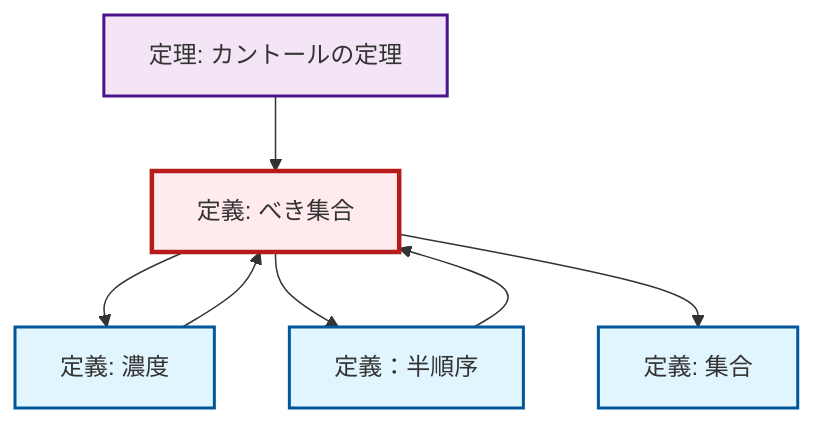
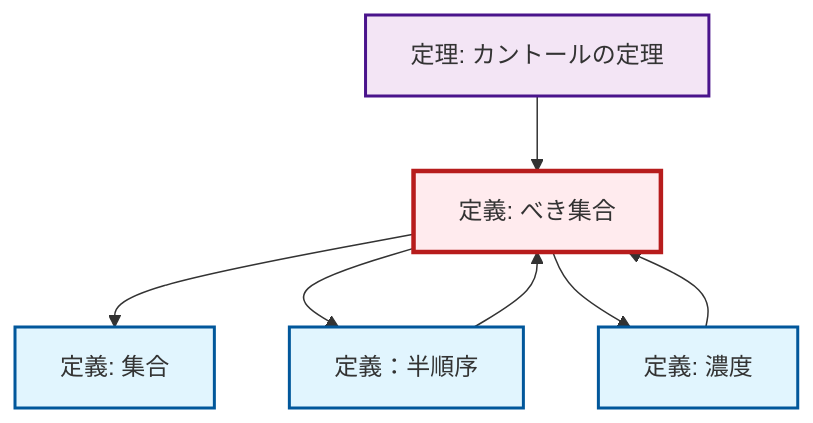
The second of 2 diagrams in content/ja/logic-set-theory/def-power-set.qmd (RK0429/ModernMath), drawn with Mermaid before and after one commit. The commit also changed other lines of this file and 328 other files, not shown here.

````diff
--- a/content/ja/logic-set-theory/def-power-set.qmd
+++ b/content/ja/logic-set-theory/def-power-set.qmd
@@ -70,25 +70,25 @@
 ```{mermaid}
 %%| fig-cap: "ローカル依存関係グラフ"
 graph TD
     classDef definition fill:#e1f5fe,stroke:#01579b,stroke-width:2px
     classDef theorem fill:#f3e5f5,stroke:#4a148c,stroke-width:2px
     classDef axiom fill:#fff3e0,stroke:#e65100,stroke-width:2px
     classDef example fill:#e8f5e9,stroke:#1b5e20,stroke-width:2px
     classDef current fill:#ffebee,stroke:#b71c1c,stroke-width:3px
+    thm-cantor["定理: カントールの定理"]:::theorem
+    def-partial-order["定義：半順序"]:::definition
     def-set["定義: 集合"]:::definition
     def-power-set["定義: べき集合"]:::definition
-    def-partial-order["定義：半順序"]:::definition
-    thm-cantor["定理: カントールの定理"]:::theorem
     def-cardinality["定義: 濃度"]:::definition
+    def-cardinality --> def-power-set
+    def-power-set --> def-set
+    def-power-set --> def-partial-order
+    def-partial-order --> def-power-set
     def-power-set --> def-cardinality
-    def-cardinality --> def-power-set
     thm-cantor --> def-power-set
-    def-partial-order --> def-power-set
-    def-power-set --> def-partial-order
-    def-power-set --> def-set
     class def-power-set current
+    click thm-cantor "thm-cantor.html" "カントールの定理の定理へ"
+    click def-partial-order "def-partial-order.html" "定義：半順序へ"
     click def-set "def-set.html" "集合の定義へ"
-    click def-partial-order "def-partial-order.html" "定義：半順序へ"
-    click thm-cantor "thm-cantor.html" "カントールの定理の定理へ"
     click def-cardinality "def-cardinality.html" "濃度の定義へ"
 ```
````
